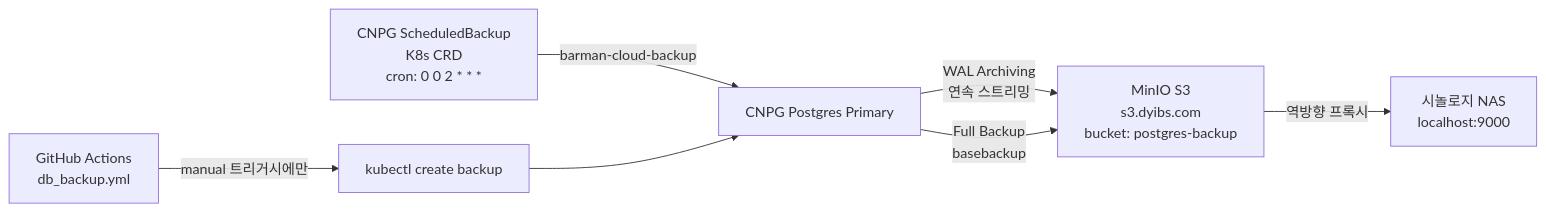
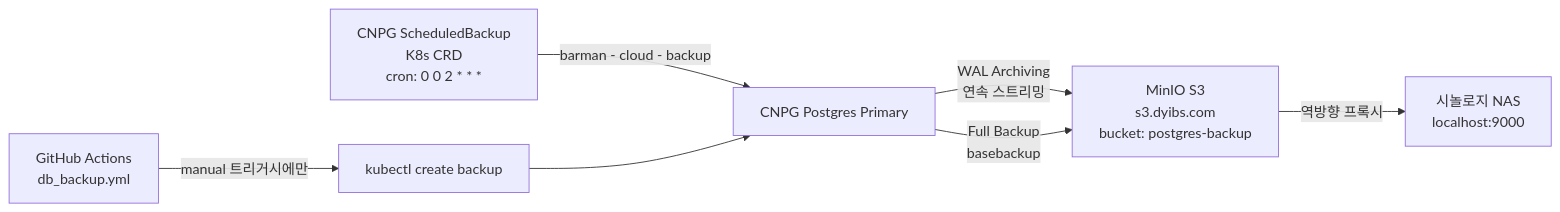
One commit to nc2U/ibs changed the second of 2 diagrams in .agents/artifacts/cnpg_backup_migration_plan.md. Above: the diagram before and after it, drawn with Mermaid. The commit also changed other lines of this file, not shown here.

Commit message:
cnpg_backup docs update

````diff
--- a/.agents/artifacts/cnpg_backup_migration_plan.md
+++ b/.agents/artifacts/cnpg_backup_migration_plan.md
@@ -49,10 +52,9 @@
 ```mermaid
 graph LR
-    A[CNPG ScheduledBackup<br/>K8s CRD<br/>cron: 0 0 2 * * *] -->|barman-cloud-backup| B[CNPG Postgres Primary]
+    A[CNPG ScheduledBackup<br/>K8s CRD<br/>cron: 0 0 2 * * *] -->|barman - cloud - backup| B[CNPG Postgres Primary]
     B -->|WAL Archiving<br/>연속 스트리밍| C[MinIO S3<br/>s3.dyibs.com<br/>bucket: postgres-backup]
     B -->|Full Backup<br/>basebackup| C
     C -->|역방향 프록시| D[시놀로지 NAS<br/>localhost:9000]
-
     E[GitHub Actions<br/>db_backup.yml] -->|manual 트리거시에만| F[kubectl create backup]
     F --> B
 ```
````
